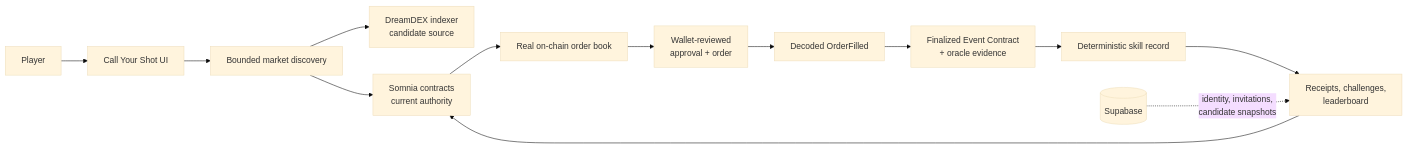
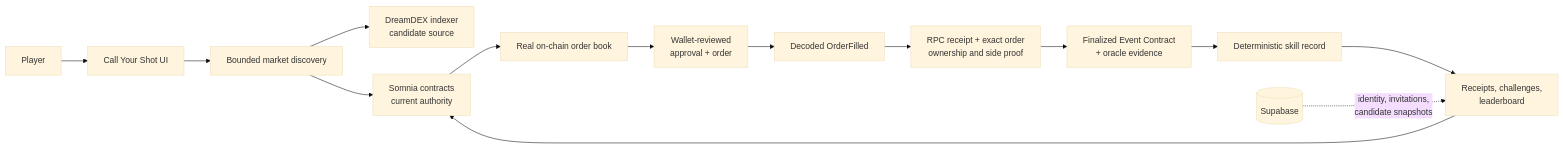
The diagram in README.md (Webghost01-NG/callYourShot), drawn with Mermaid (base theme) before and after one commit. The commit also changed other lines of this file and 6 other files, not shown here.

````diff
--- a/README.md
+++ b/README.md
@@ -51,15 +51,16 @@
 ```mermaid
 flowchart LR
   U[Player] --> UI[Call Your Shot UI]
   UI --> D[Bounded market discovery]
   D --> I[DreamDEX indexer<br/>candidate source]
   D --> C[Somnia contracts<br/>current authority]
   C --> B[Real on-chain order book]
   B --> W[Wallet-reviewed<br/>approval + order]
   W --> F[Decoded OrderFilled]
-  F --> S[Finalized Event Contract<br/>+ oracle evidence]
+  F --> R[RPC receipt + exact order<br/>ownership and side proof]
+  R --> S[Finalized Event Contract<br/>+ oracle evidence]
   S --> P[Deterministic skill record]
   P --> L[Receipts, challenges,<br/>leaderboard]
   DB[(Supabase)] -. identity, invitations,<br/>candidate snapshots .-> L
   L --> C
 ```
````
